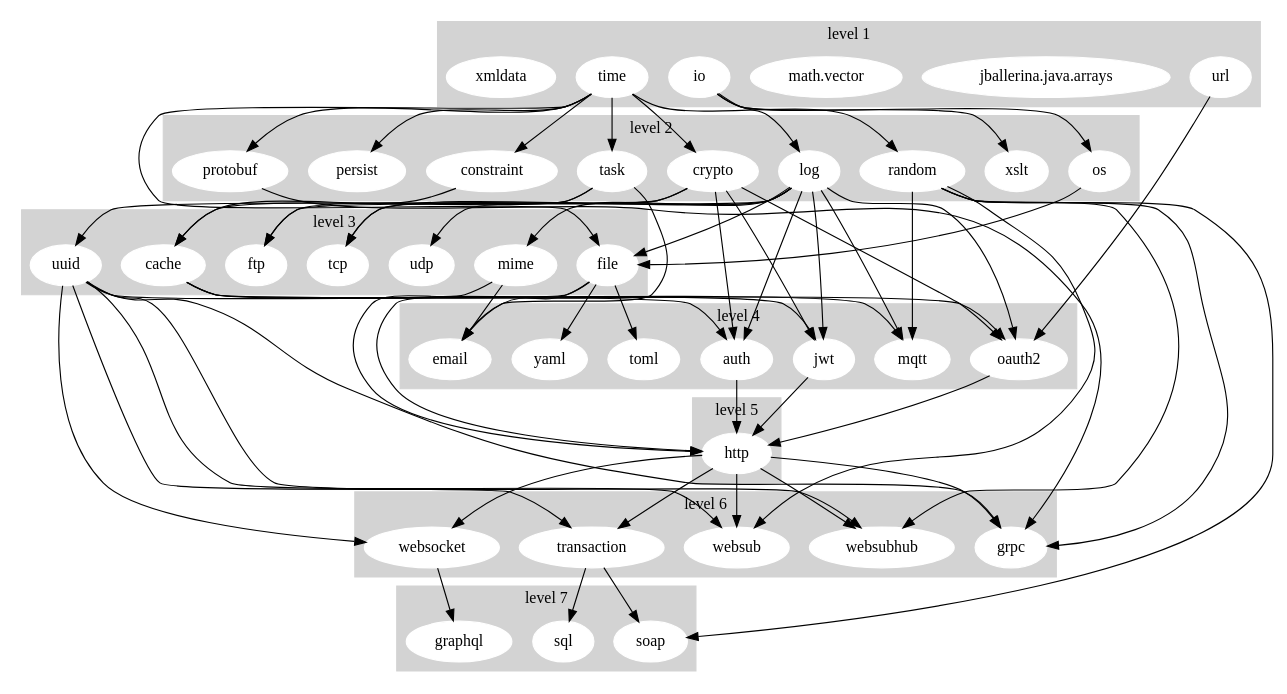
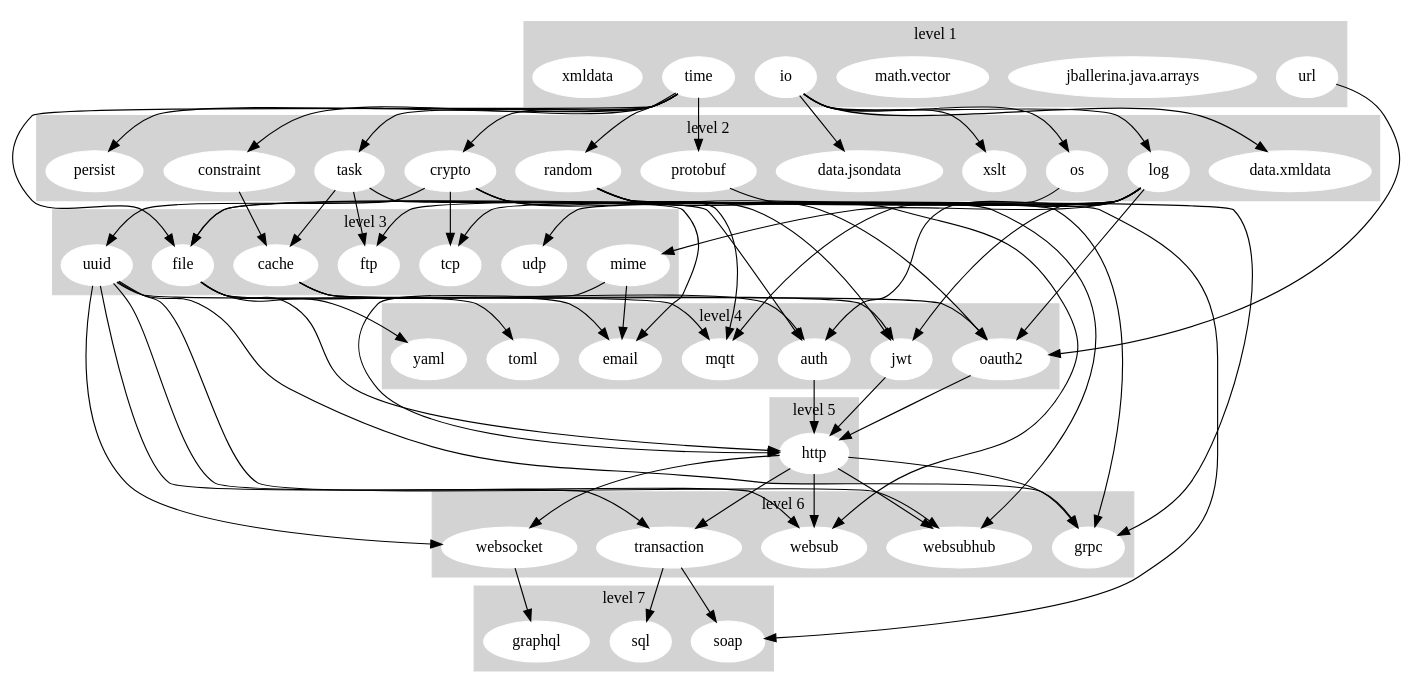
One commit to ballerina-platform/ballerina-release changed the diagram in dashboard/stdlib_graph.gv. Above: the diagram before and after it, drawn with Graphviz.

Commit message:
[Automated] Update Stdlib Dependency Graph

```diff
--- a/dashboard/stdlib_graph.gv
+++ b/dashboard/stdlib_graph.gv
@@ -1,137 +1,141 @@
 digraph "Stdlib Dependency Graph" {
 	subgraph cluster_1 {
 		node [color=white style=filled]
 		color=lightgrey style=filled
 		io
 		"jballerina.java.arrays"
 		"math.vector"
 		time
 		url
 		xmldata
 		label="level 1"
 	}
 	subgraph cluster_2 {
 		node [color=white style=filled]
 		color=lightgrey style=filled
 		constraint
 		crypto
+		"data.jsondata"
+		"data.xmldata"
 		log
 		os
 		persist
 		protobuf
 		random
 		task
 		xslt
 		label="level 2"
 	}
 	subgraph cluster_3 {
 		node [color=white style=filled]
 		color=lightgrey style=filled
 		cache
 		file
 		ftp
 		mime
 		tcp
 		udp
 		uuid
 		label="level 3"
 	}
 	subgraph cluster_4 {
 		node [color=white style=filled]
 		color=lightgrey style=filled
 		auth
 		email
 		jwt
 		mqtt
 		oauth2
 		toml
 		yaml
 		label="level 4"
 	}
 	subgraph cluster_5 {
 		node [color=white style=filled]
 		color=lightgrey style=filled
 		http
 		label="level 5"
 	}
 	subgraph cluster_6 {
 		node [color=white style=filled]
 		color=lightgrey style=filled
 		grpc
 		transaction
 		websocket
 		websub
 		websubhub
 		label="level 6"
 	}
 	subgraph cluster_7 {
 		node [color=white style=filled]
 		color=lightgrey style=filled
 		graphql
 		soap
 		sql
 		label="level 7"
 	}
+	io -> "data.jsondata"
+	io -> "data.xmldata"
 	io -> log
 	io -> os
 	io -> xslt
 	time -> constraint
 	time -> crypto
 	time -> file
 	time -> persist
 	time -> protobuf
 	time -> random
 	time -> task
 	url -> oauth2
 	constraint -> cache
 	crypto -> auth
 	crypto -> jwt
 	crypto -> oauth2
 	crypto -> tcp
 	crypto -> uuid
 	log -> auth
 	log -> file
 	log -> ftp
 	log -> jwt
 	log -> mime
 	log -> mqtt
 	log -> oauth2
 	log -> tcp
 	log -> udp
 	os -> file
 	protobuf -> grpc
 	random -> grpc
 	random -> mqtt
 	random -> soap
 	random -> websub
 	random -> websubhub
 	task -> cache
 	task -> email
 	task -> ftp
 	cache -> auth
 	cache -> jwt
 	cache -> oauth2
 	file -> email
 	file -> http
 	file -> toml
 	file -> yaml
 	mime -> email
 	mime -> http
 	uuid -> grpc
 	uuid -> mqtt
 	uuid -> transaction
 	uuid -> websocket
 	uuid -> websub
 	uuid -> websubhub
 	auth -> http
 	jwt -> http
 	oauth2 -> http
 	http -> grpc
 	http -> transaction
 	http -> websocket
 	http -> websub
 	http -> websubhub
 	transaction -> soap
 	transaction -> sql
 	websocket -> graphql
 }
```
